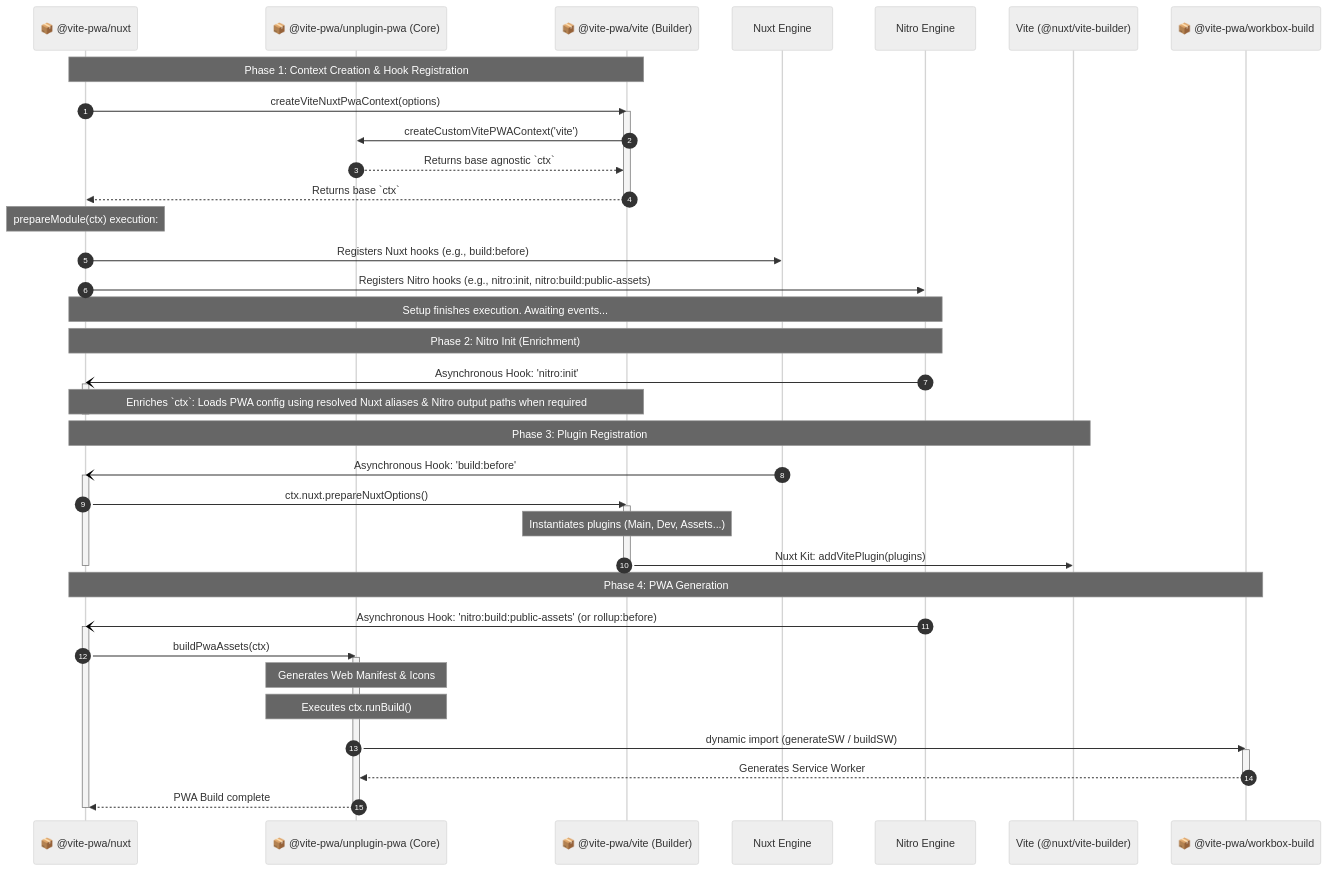
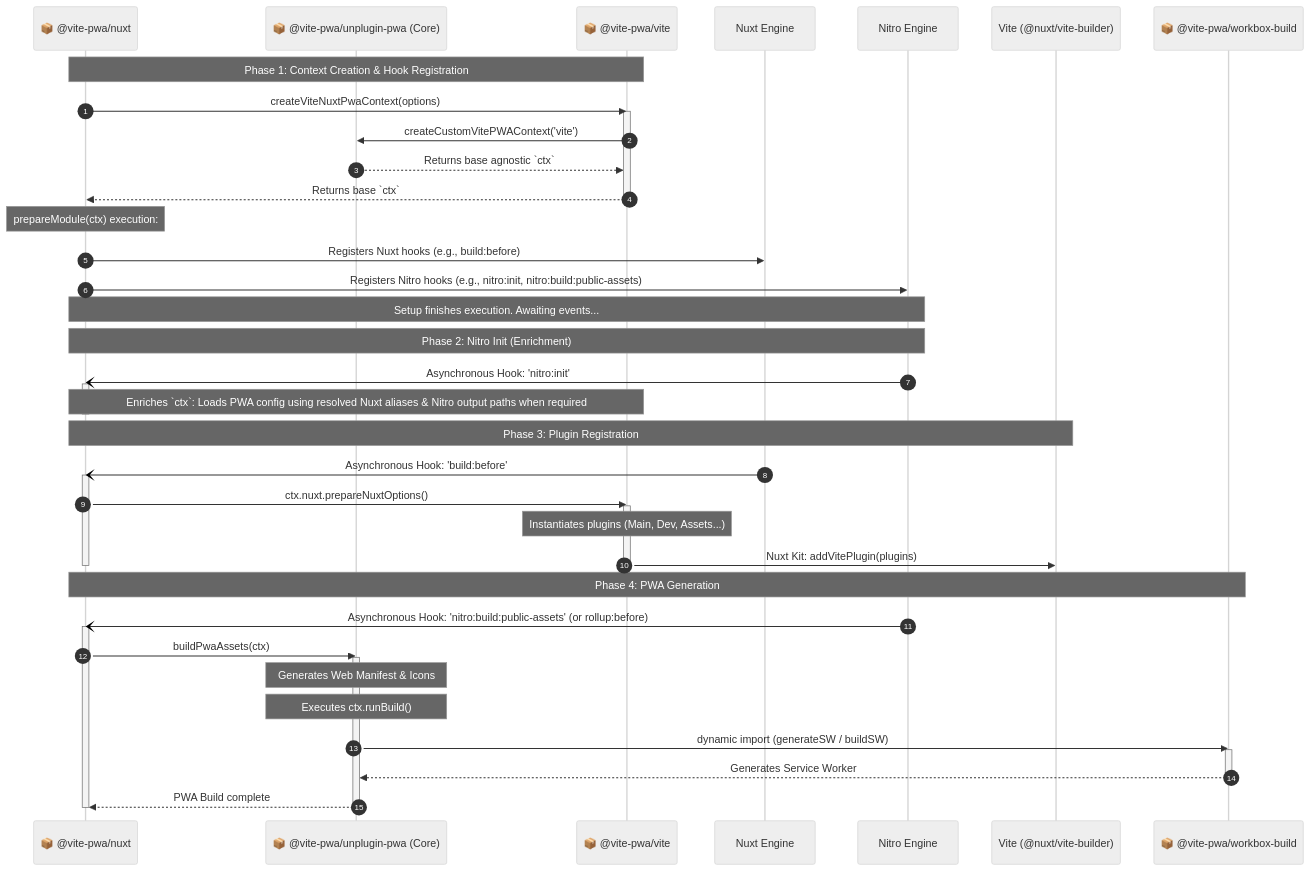
Before and after one commit to vite-pwa/unplugin-pwa: the third of 3 diagrams in ARCHITECTURE.md, drawn with Mermaid (neutral theme).

Commit message:
docs: update ARCH

````diff
--- a/ARCHITECTURE.md
+++ b/ARCHITECTURE.md
@@ -98,55 +98,55 @@
 ```mermaid
 sequenceDiagram
     autonumber
     participant Setup as 📦 @vite-pwa/nuxt
     participant Core as 📦 @vite-pwa/unplugin-pwa (Core)
-    participant Builder as 📦 @vite-pwa/vite (Builder)
+    participant Builder as 📦 @vite-pwa/vite
     participant Nuxt as Nuxt Engine
     participant Nitro as Nitro Engine
     participant Vite as Vite (@nuxt/vite-builder)
     participant WB as 📦 @vite-pwa/workbox-build
 
     Note over Setup, Builder: Phase 1: Context Creation & Hook Registration
     Setup->>Builder: createViteNuxtPwaContext(options)
     activate Builder
     Builder->>Core: createCustomVitePWAContext('vite')
     Core-->>Builder: Returns base agnostic `ctx`
     Builder-->>Setup: Returns base `ctx`
     deactivate Builder
 
     Note over Setup: prepareModule(ctx) execution:
     Setup->>Nuxt: Registers Nuxt hooks (e.g., build:before)
     Setup->>Nitro: Registers Nitro hooks (e.g., nitro:init, nitro:build:public-assets)
     Note over Setup, Nitro: Setup finishes execution. Awaiting events...
 
     Note over Setup, Nitro: Phase 2: Nitro Init (Enrichment)
     Nitro-)Setup: Asynchronous Hook: 'nitro:init'
     activate Setup
     Note over Setup, Builder: Enriches `ctx`: Loads PWA config using resolved Nuxt aliases & Nitro output paths when required
     deactivate Setup
 
     Note over Setup, Vite: Phase 3: Plugin Registration
     Nuxt-)Setup: Asynchronous Hook: 'build:before'
     activate Setup
     Setup->>Builder: ctx.nuxt.prepareNuxtOptions()
     activate Builder
     Note over Builder: Instantiates plugins (Main, Dev, Assets...)
     Builder->>Vite: Nuxt Kit: addVitePlugin(plugins)
     deactivate Builder
     deactivate Setup
 
     Note over Setup, WB: Phase 4: PWA Generation
     Nitro-)Setup: Asynchronous Hook: 'nitro:build:public-assets' (or rollup:before)
     activate Setup
     Setup->>Core: buildPwaAssets(ctx)
     activate Core
     Note over Core: Generates Web Manifest & Icons
     Note over Core: Executes ctx.runBuild()
     Core->>WB: dynamic import (generateSW / buildSW)
     activate WB
     WB-->>Core: Generates Service Worker
     deactivate WB
     Core-->>Setup: PWA Build complete
     deactivate Core
     deactivate Setup
 ```
````
